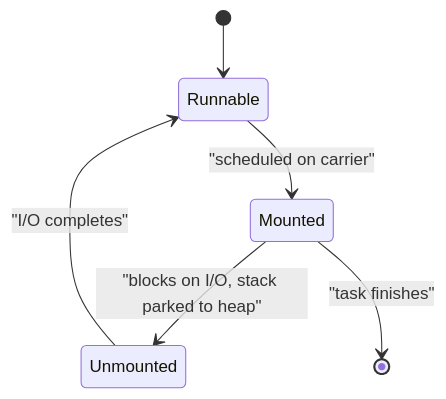
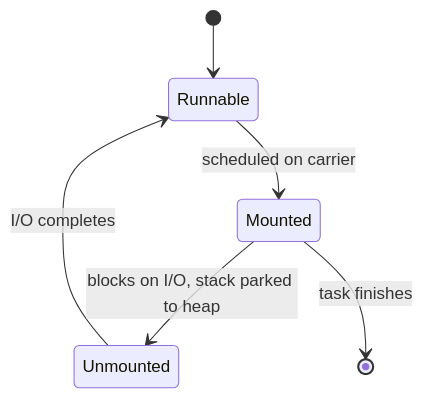
The second of 2 diagrams in content/post/thread-pools-vs-virtual-threads-project-loom.md (vabs/vabs.github.io), drawn with Mermaid before and after one commit. The commit also changed other lines of this file and 87 other files, not shown here.

First line of the commit message:
Fix: Readable mermaid diagrams and fact-check blog posts

```diff
--- a/content/post/thread-pools-vs-virtual-threads-project-loom.md
+++ b/content/post/thread-pools-vs-virtual-threads-project-loom.md
@@ -46,8 +46,8 @@
 {{< mermaid >}}
 stateDiagram-v2
   [*] --> Runnable
-  Runnable --> Mounted: "scheduled on carrier"
-  Mounted --> Unmounted: "blocks on I/O, stack parked to heap"
-  Unmounted --> Runnable: "I/O completes"
-  Mounted --> [*]: "task finishes"
+  Runnable --> Mounted: scheduled on carrier
+  Mounted --> Unmounted: blocks on I/O, stack parked to heap
+  Unmounted --> Runnable: I/O completes
+  Mounted --> [*]: task finishes
 {{< /mermaid >}}
```
